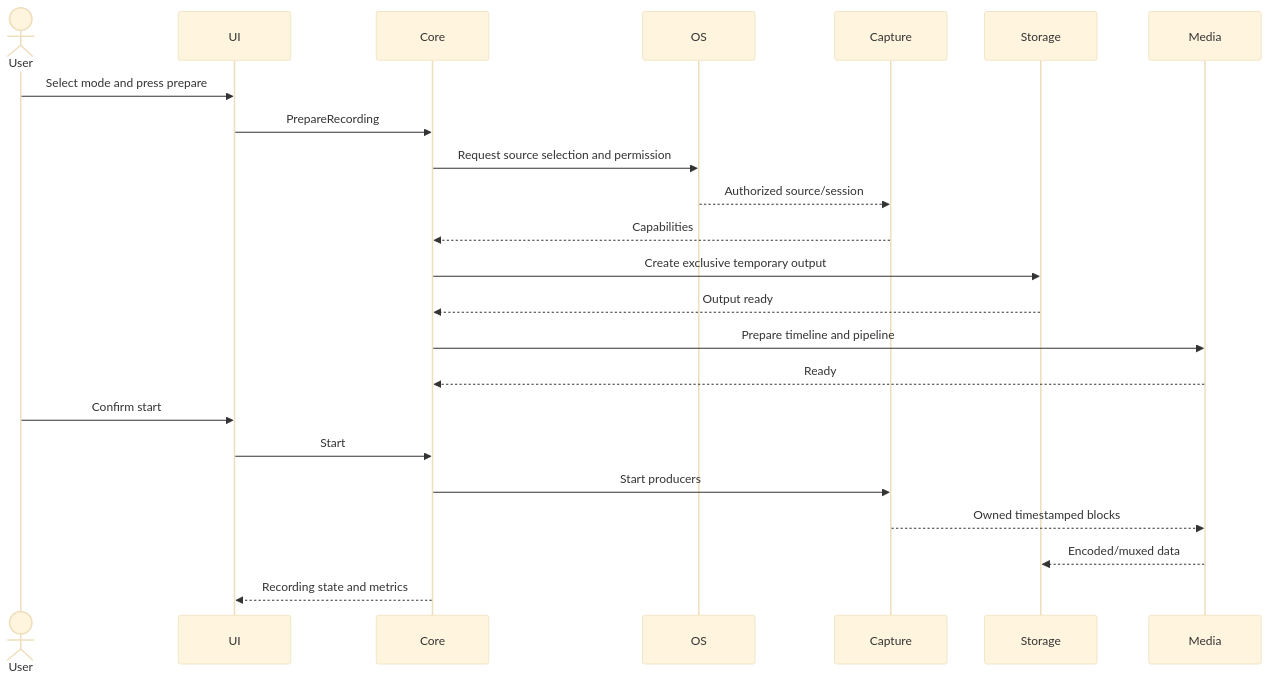
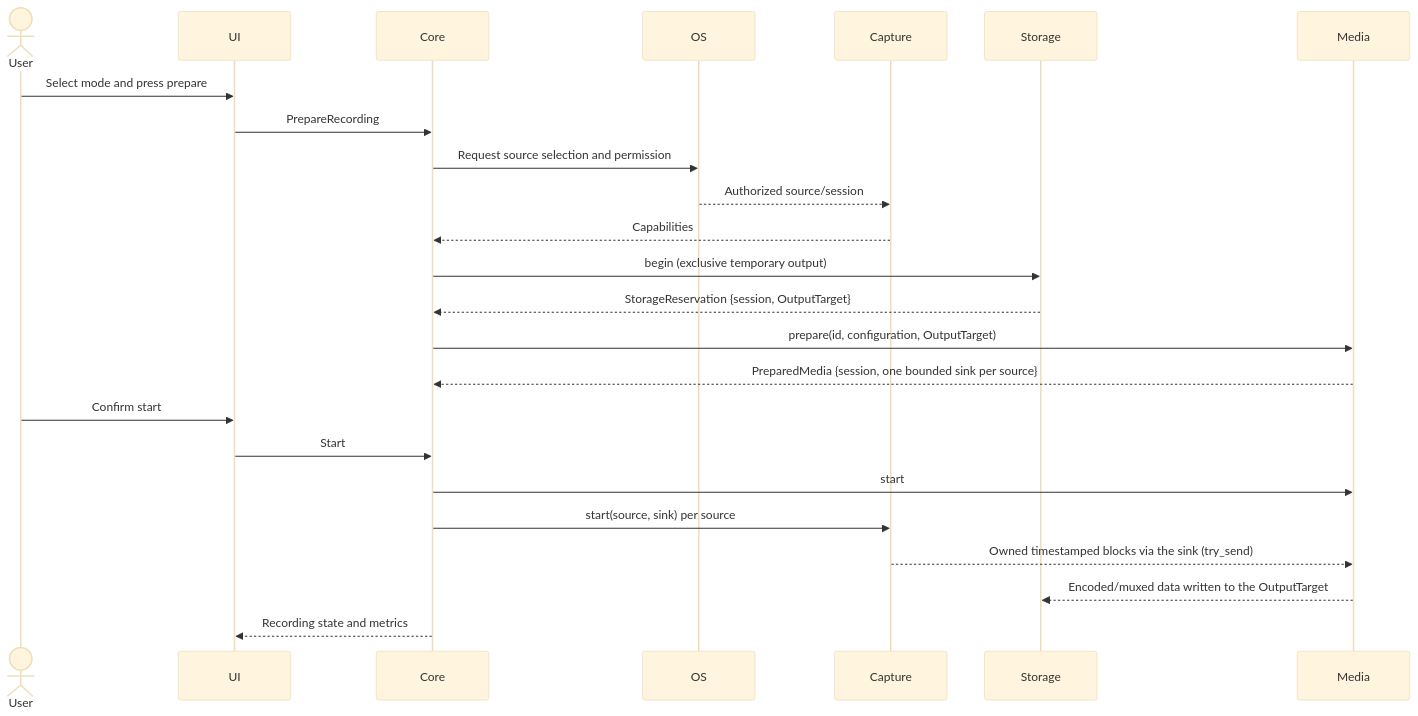
One commit to Danny4927/framelet-recorder changed the second of 3 diagrams in docs/architecture/arc42.md. Above: the diagram before and after it, drawn with Mermaid (base theme). The commit also changed other lines of this file and 27 other files, not shown here.

First line of the commit message:
core: bounded data plane, storage/media hand-off and contract suites (A-7, A-8)

```diff
--- a/docs/architecture/arc42.md
+++ b/docs/architecture/arc42.md
@@ -170,25 +178,26 @@
 ~~~mermaid
 sequenceDiagram
   actor User
   participant UI
   participant Core
   participant OS
   participant Capture
   participant Storage
   participant Media
   User->>UI: Select mode and press prepare
   UI->>Core: PrepareRecording
   Core->>OS: Request source selection and permission
   OS-->>Capture: Authorized source/session
   Capture-->>Core: Capabilities
-  Core->>Storage: Create exclusive temporary output
-  Storage-->>Core: Output ready
-  Core->>Media: Prepare timeline and pipeline
-  Media-->>Core: Ready
+  Core->>Storage: begin (exclusive temporary output)
+  Storage-->>Core: StorageReservation {session, OutputTarget}
+  Core->>Media: prepare(id, configuration, OutputTarget)
+  Media-->>Core: PreparedMedia {session, one bounded sink per source}
   User->>UI: Confirm start
   UI->>Core: Start
-  Core->>Capture: Start producers
-  Capture-->>Media: Owned timestamped blocks
-  Media-->>Storage: Encoded/muxed data
+  Core->>Media: start
+  Core->>Capture: start(source, sink) per source
+  Capture-->>Media: Owned timestamped blocks via the sink (try_send)
+  Media-->>Storage: Encoded/muxed data written to the OutputTarget
   Core-->>UI: Recording state and metrics
 ~~~
```
